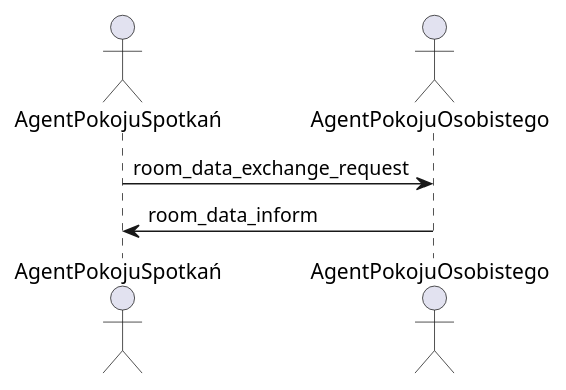
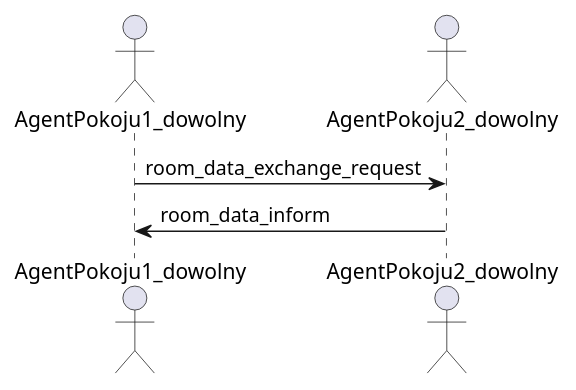
One commit to michalMilewski-8/SmartBuilding_Agent_MiNI_Project changed the diagram in project_description/diagrams_src/WymianaTemperaturyMiędzyPokojami.puml. Above: the diagram before and after it, drawn with PlantUML. The commit also changed 1 other file, not shown here.

Commit message:
Fix room exchange

```diff
--- a/project_description/diagrams_src/WymianaTemperaturyMiędzyPokojami.puml
+++ b/project_description/diagrams_src/WymianaTemperaturyMiędzyPokojami.puml
@@ -1,7 +1,7 @@
 @startuml
-actor AgentPokojuSpotkań
-actor AgentPokojuOsobistego
+actor AgentPokoju1_dowolny
+actor AgentPokoju2_dowolny
 
-AgentPokojuSpotkań -> AgentPokojuOsobistego : room_data_exchange_request
-AgentPokojuOsobistego -> AgentPokojuSpotkań : room_data_inform
+AgentPokoju1_dowolny -> AgentPokoju2_dowolny : room_data_exchange_request
+AgentPokoju2_dowolny -> AgentPokoju1_dowolny : room_data_inform
 @enduml
```
